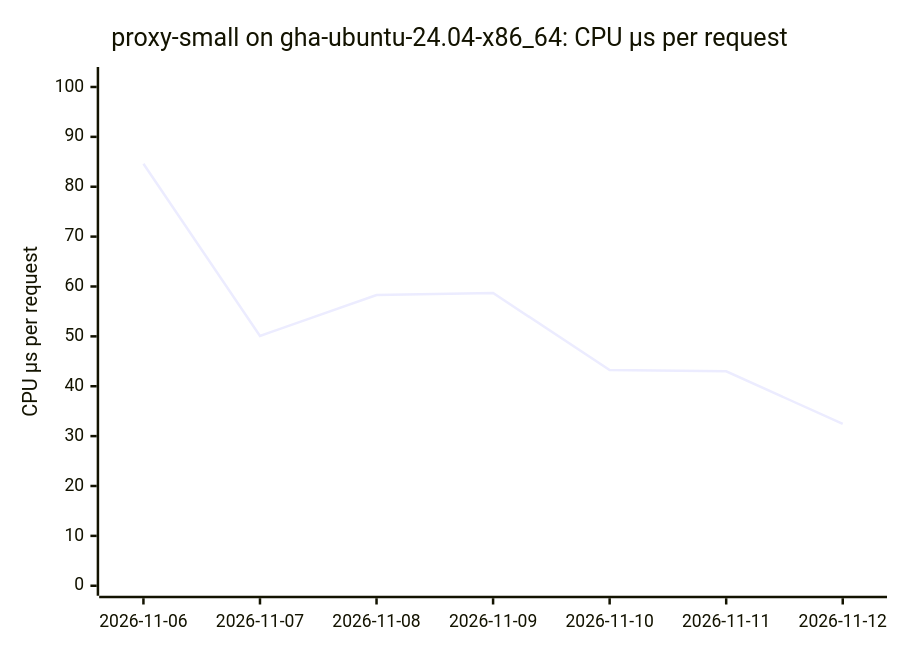
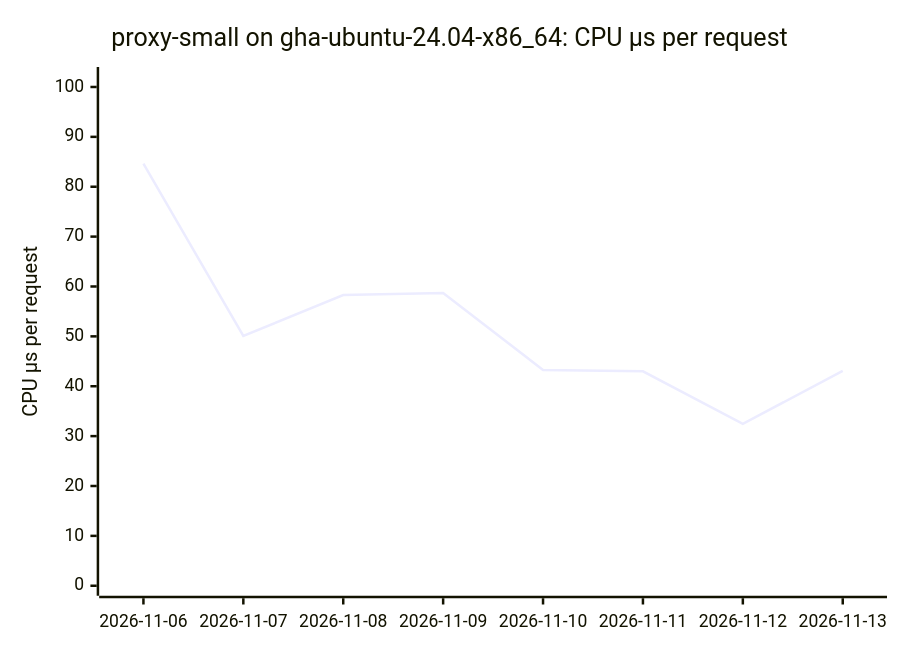
The fourth of 18 diagrams in BENCHMARKS.md (ThePixelPilgrim/durchlauferhitzer), drawn with Mermaid before and after one commit. The commit also changed other lines of this file and 1 other file, not shown here.

````diff
--- a/BENCHMARKS.md
+++ b/BENCHMARKS.md
@@ -56,7 +56,7 @@
 ```mermaid
 xychart-beta
   title "proxy-small on gha-ubuntu-24.04-x86_64: CPU µs per request"
-  x-axis ["2026-11-06", "2026-11-07", "2026-11-08", "2026-11-09", "2026-11-10", "2026-11-11", "2026-11-12"]
+  x-axis ["2026-11-06", "2026-11-07", "2026-11-08", "2026-11-09", "2026-11-10", "2026-11-11", "2026-11-12", "2026-11-13"]
   y-axis "CPU µs per request" 0 --> 102
-  line [84.61, 50.09, 58.29, 58.68, 43.27, 43.00, 32.44]
+  line [84.61, 50.09, 58.29, 58.68, 43.27, 43.00, 32.44, 43.10]
 ```
````
